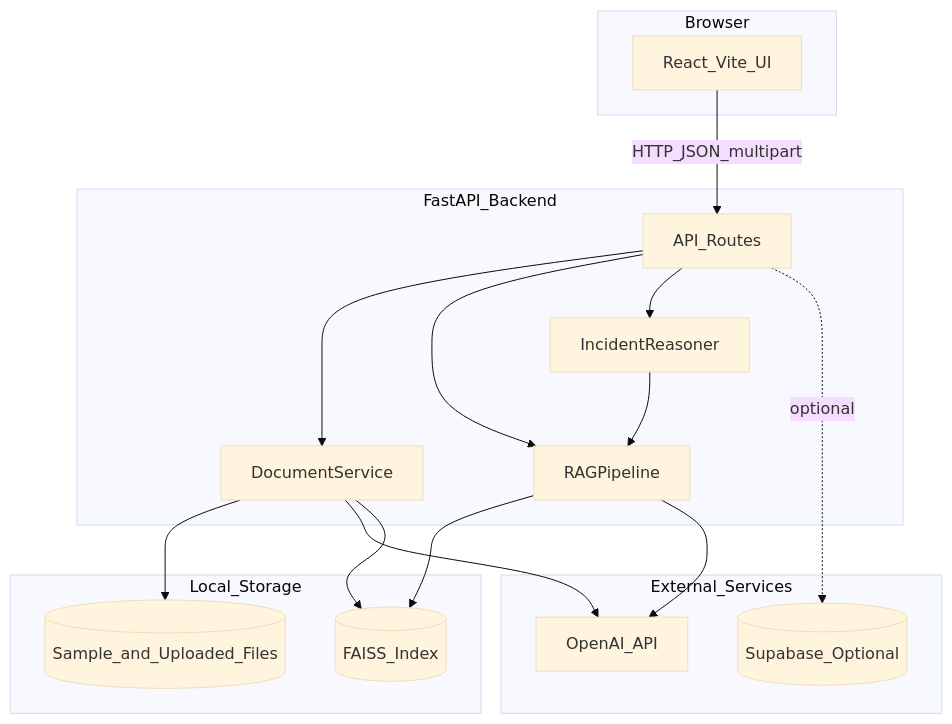
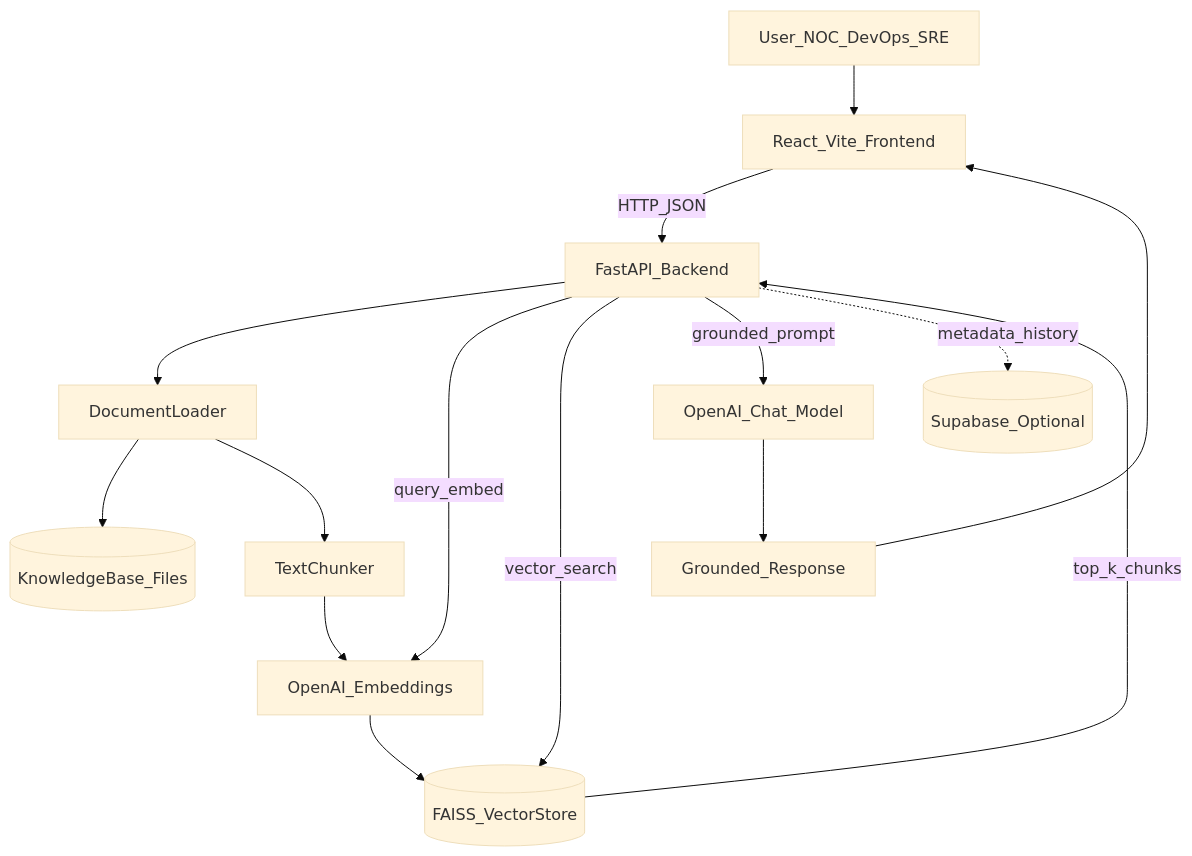
The first of 3 diagrams in projects/incident-assistant-rag/README.md (reem-mor/ai-engineering-portfolio), drawn with Mermaid (base theme) before and after one commit. The commit also changed other lines of this file and 41 other files, not shown here.

````diff
--- a/projects/incident-assistant-rag/README.md
+++ b/projects/incident-assistant-rag/README.md
@@ -44,35 +61,29 @@
 ```mermaid
 flowchart TB
-  subgraph client [Browser]
-    UI[React_Vite_UI]
-  end
+  user[User_NOC_DevOps_SRE]
+  fe[React_Vite_Frontend]
+  api[FastAPI_Backend]
+  loader[DocumentLoader]
+  chunk[TextChunker]
+  embed[OpenAI_Embeddings]
+  faiss[(FAISS_VectorStore)]
+  kb[(KnowledgeBase_Files)]
+  llm[OpenAI_Chat_Model]
+  resp[Grounded_Response]
+  supa[(Supabase_Optional)]
 
-  subgraph api [FastAPI_Backend]
-    Routes[API_Routes]
-    DocSvc[DocumentService]
-    RAG[RAGPipeline]
-    Reasoner[IncidentReasoner]
-  end
-
-  subgraph storage [Local_Storage]
-    FAISS[(FAISS_Index)]
-    Files[(Sample_and_Uploaded_Files)]
-  end
-
-  subgraph external [External_Services]
-    OpenAI[OpenAI_API]
-    Supabase[(Supabase_Optional)]
-  end
-
-  UI -->|HTTP_JSON_multipart| Routes
-  Routes --> DocSvc
-  Routes --> RAG
-  Routes --> Reasoner
-  DocSvc --> Files
-  DocSvc --> OpenAI
-  DocSvc --> FAISS
-  RAG --> FAISS
-  RAG --> OpenAI
-  Reasoner --> RAG
-  Routes -.->|optional| Supabase
+  user --> fe
+  fe -->|HTTP_JSON| api
+  api --> loader
+  loader --> kb
+  loader --> chunk
+  chunk --> embed
+  embed --> faiss
+  api -->|query_embed| embed
+  api -->|vector_search| faiss
+  faiss -->|top_k_chunks| api
+  api -->|grounded_prompt| llm
+  llm --> resp
+  resp --> fe
+  api -.->|metadata_history| supa
 ```
````
